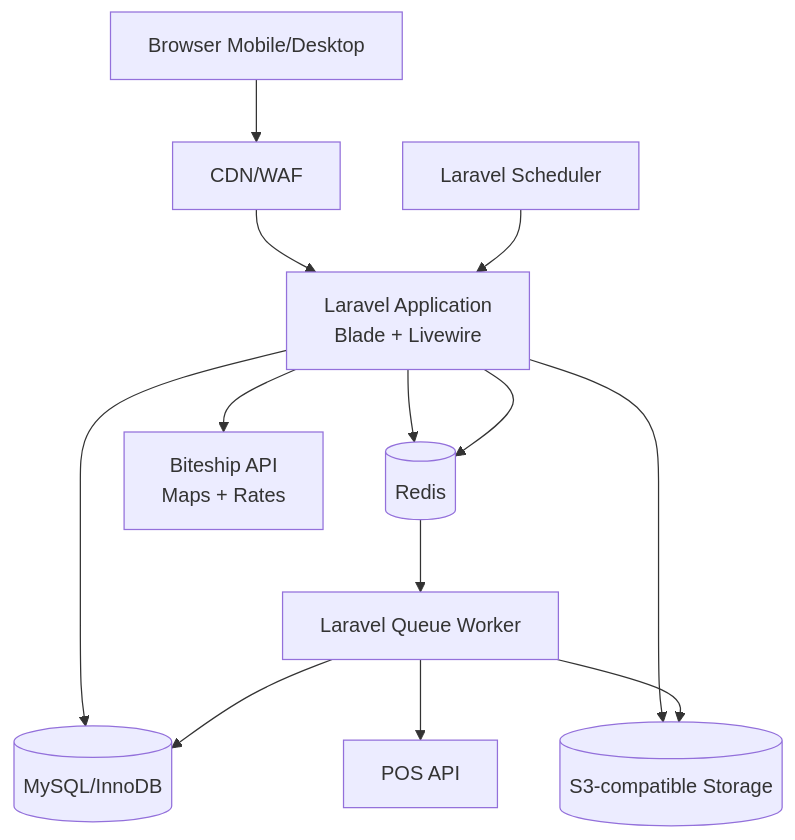
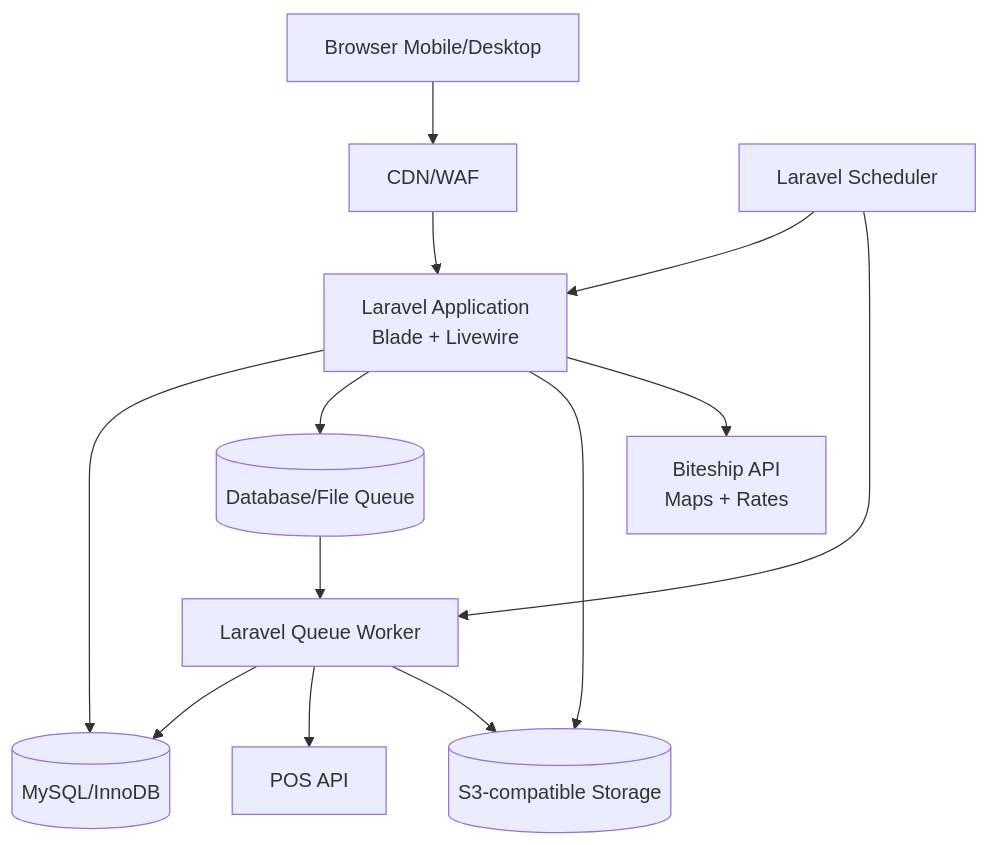
The first of 3 diagrams in docs/requirements/SRS.md (Webekspres/pixel-komunika), drawn with Mermaid before and after one commit. The commit also changed other lines of this file and 4 other files, not shown here.

````diff
--- a/docs/requirements/SRS.md
+++ b/docs/requirements/SRS.md
@@ -159,25 +160,25 @@
 ```mermaid
 flowchart TB
     Browser[Browser Mobile/Desktop]
     CDN[CDN/WAF]
     App[Laravel Application<br/>Blade + Livewire]
     Worker[Laravel Queue Worker]
     Scheduler[Laravel Scheduler]
     DB[(MySQL/InnoDB)]
-    Redis[(Redis)]
+    Queue[(Database/File Queue)]
     Storage[(S3-compatible Storage)]
     POS[POS API]
     Biteship[Biteship API<br/>Maps + Rates]
 
     Browser --> CDN --> App
     App --> DB
-    App --> Redis
+    App --> Queue
     App --> Storage
     App --> Biteship
-    App --> Redis
     Scheduler --> App
-    Redis --> Worker
+    Scheduler --> Worker
+    Queue --> Worker
     Worker --> DB
     Worker --> POS
     Worker --> Storage
 ```
````
